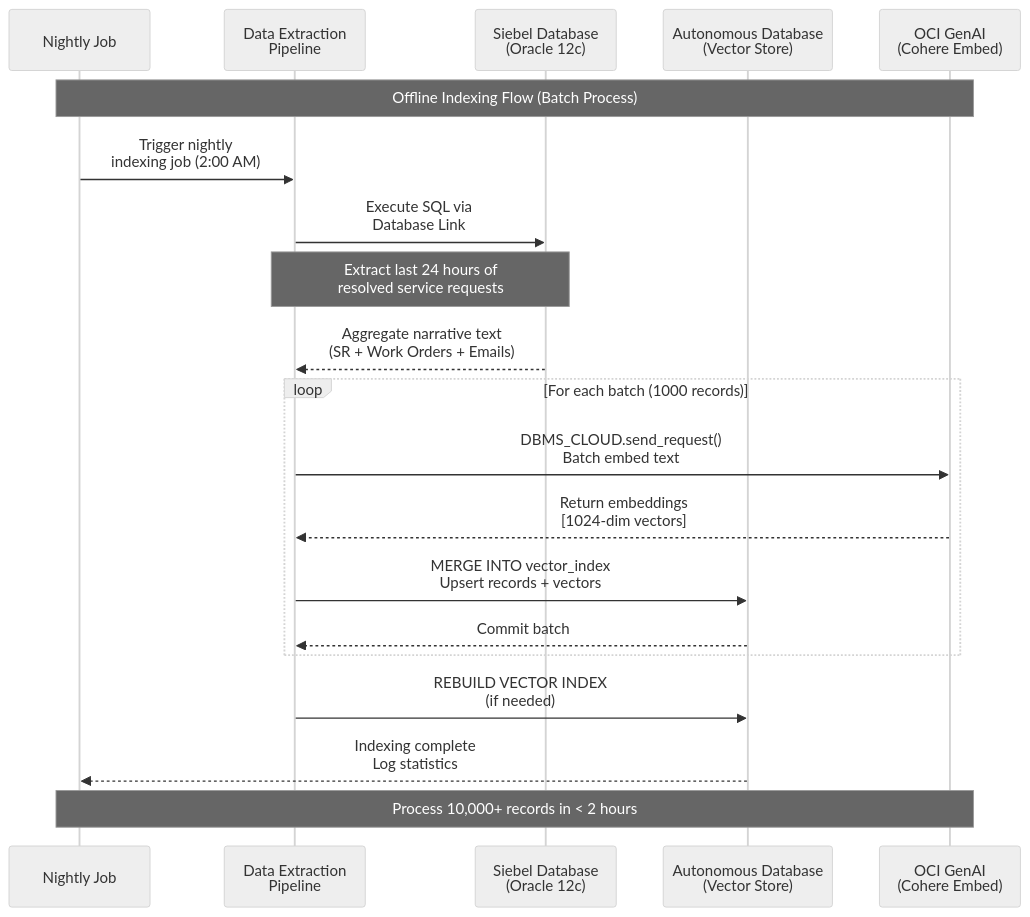
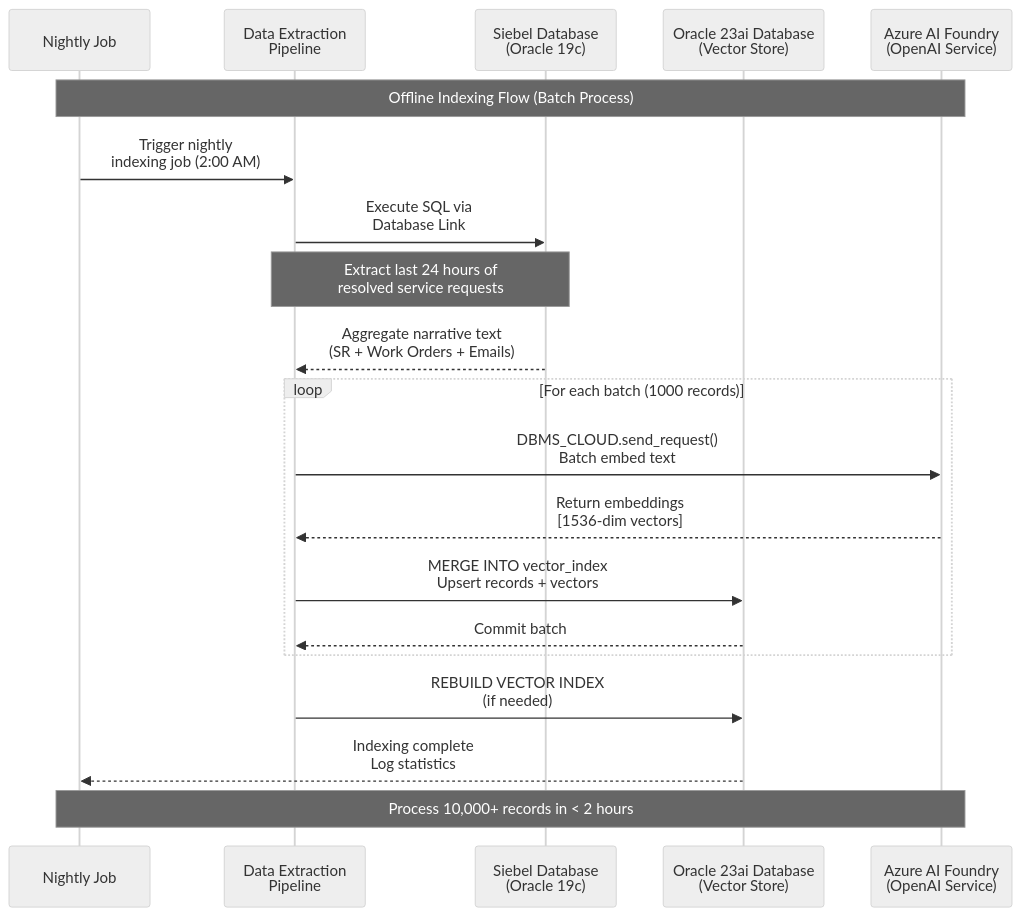
The third of 6 diagrams in docs/Project Architecture.md (psreek-ai/SiebelCRMSemanticSearch), drawn with Mermaid (neutral theme) before and after one commit. The commit also changed other lines of this file and 13 other files, not shown here.

````diff
--- a/docs/Project Architecture.md
+++ b/docs/Project Architecture.md
@@ -120,31 +122,31 @@
 ```mermaid
 sequenceDiagram
     participant Scheduler as Nightly Job
     participant Pipeline as Data Extraction<br/>Pipeline
-    participant Oracle12c as Siebel Database<br/>(Oracle 12c)
-    participant ADB as Autonomous Database<br/>(Vector Store)
-    participant GenAI as OCI GenAI<br/>(Cohere Embed)
+    participant Oracle19c as Siebel Database<br/>(Oracle 19c)
+    participant Oracle23ai as Oracle 23ai Database<br/>(Vector Store)
+    participant AIFoundry as Azure AI Foundry<br/>(OpenAI Service)
     
-    Note over Scheduler,GenAI: Offline Indexing Flow (Batch Process)
+    Note over Scheduler,AIFoundry: Offline Indexing Flow (Batch Process)
     
     Scheduler->>Pipeline: Trigger nightly<br/>indexing job (2:00 AM)
     
-    Pipeline->>Oracle12c: Execute SQL via<br/>Database Link
-    Note over Pipeline,Oracle12c: Extract last 24 hours of<br/>resolved service requests
+    Pipeline->>Oracle19c: Execute SQL via<br/>Database Link
+    Note over Pipeline,Oracle19c: Extract last 24 hours of<br/>resolved service requests
     
-    Oracle12c-->>Pipeline: Aggregate narrative text<br/>(SR + Work Orders + Emails)
+    Oracle19c-->>Pipeline: Aggregate narrative text<br/>(SR + Work Orders + Emails)
     
     loop For each batch (1000 records)
-        Pipeline->>GenAI: DBMS_CLOUD.send_request()<br/>Batch embed text
-        GenAI-->>Pipeline: Return embeddings<br/>[1024-dim vectors]
+        Pipeline->>AIFoundry: DBMS_CLOUD.send_request()<br/>Batch embed text
+        AIFoundry-->>Pipeline: Return embeddings<br/>[1536-dim vectors]
         
-        Pipeline->>ADB: MERGE INTO vector_index<br/>Upsert records + vectors
-        ADB-->>Pipeline: Commit batch
+        Pipeline->>Oracle23ai: MERGE INTO vector_index<br/>Upsert records + vectors
+        Oracle23ai-->>Pipeline: Commit batch
     end
     
-    Pipeline->>ADB: REBUILD VECTOR INDEX<br/>(if needed)
+    Pipeline->>Oracle23ai: REBUILD VECTOR INDEX<br/>(if needed)
     
-    ADB-->>Scheduler: Indexing complete<br/>Log statistics
+    Oracle23ai-->>Scheduler: Indexing complete<br/>Log statistics
     
-    Note over Scheduler,GenAI: Process 10,000+ records in < 2 hours
+    Note over Scheduler,AIFoundry: Process 10,000+ records in < 2 hours
 ```
````
